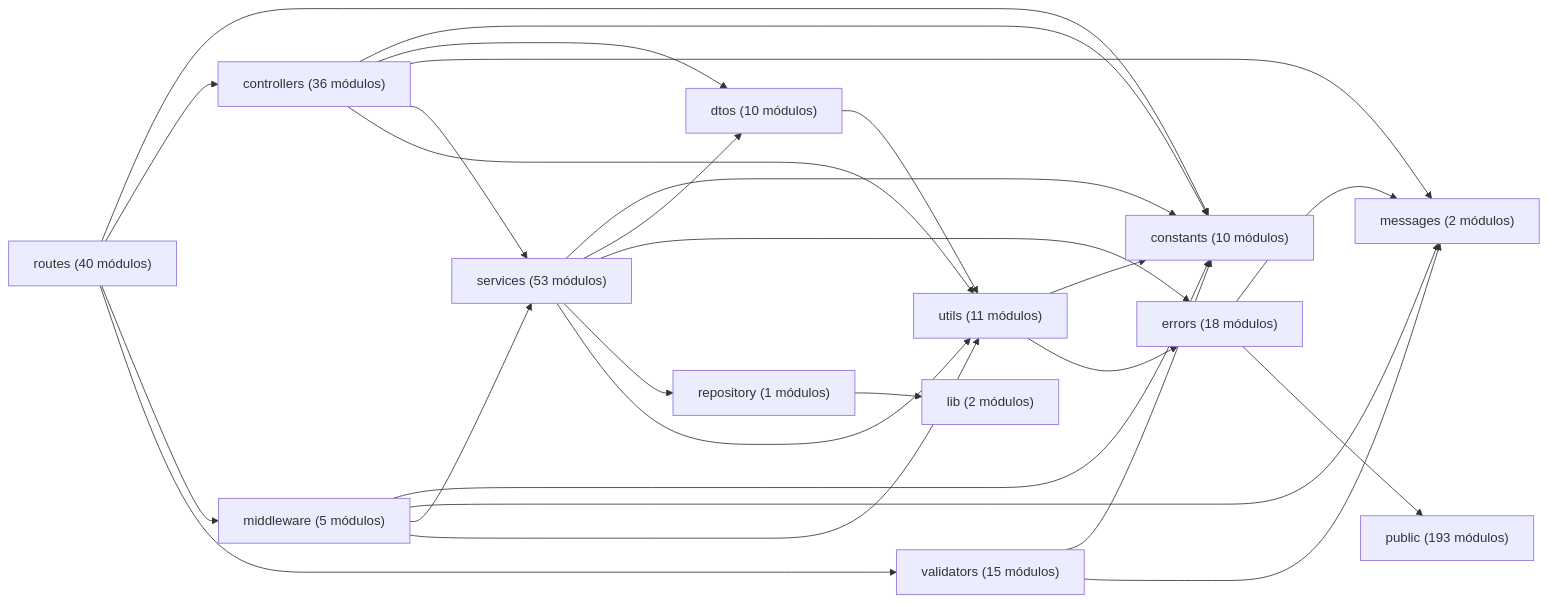
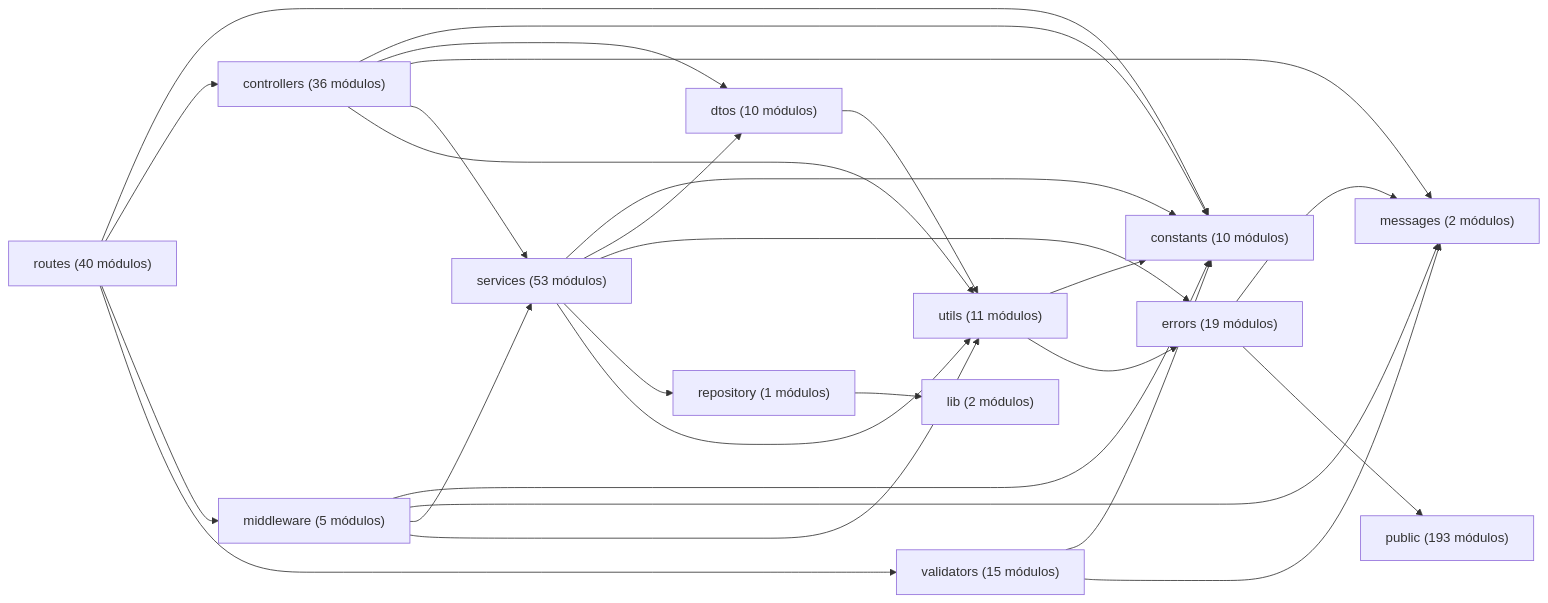
Before and after one commit to gpgsistemas01/nexus: the diagram in docs/architecture/views/development/code-map.md, drawn with Mermaid. The commit also changed 31 other files, not shown here.

````diff
--- a/docs/architecture/views/development/code-map.md
+++ b/docs/architecture/views/development/code-map.md
@@ -14,29 +14,29 @@
 ```mermaid
 flowchart LR
     controllers["controllers (36 módulos)"] --> constants["constants (10 módulos)"]
     controllers["controllers (36 módulos)"] --> dtos["dtos (10 módulos)"]
     controllers["controllers (36 módulos)"] --> messages["messages (2 módulos)"]
     controllers["controllers (36 módulos)"] --> services["services (53 módulos)"]
     controllers["controllers (36 módulos)"] --> utils["utils (11 módulos)"]
     dtos["dtos (10 módulos)"] --> utils["utils (11 módulos)"]
-    errors["errors (18 módulos)"] --> messages["messages (2 módulos)"]
-    errors["errors (18 módulos)"] --> public["public (193 módulos)"]
+    errors["errors (19 módulos)"] --> messages["messages (2 módulos)"]
+    errors["errors (19 módulos)"] --> public["public (193 módulos)"]
     middleware["middleware (5 módulos)"] --> constants["constants (10 módulos)"]
     middleware["middleware (5 módulos)"] --> messages["messages (2 módulos)"]
     middleware["middleware (5 módulos)"] --> services["services (53 módulos)"]
     middleware["middleware (5 módulos)"] --> utils["utils (11 módulos)"]
     repository["repository (1 módulos)"] --> lib["lib (2 módulos)"]
     routes["routes (40 módulos)"] --> constants["constants (10 módulos)"]
     routes["routes (40 módulos)"] --> controllers["controllers (36 módulos)"]
     routes["routes (40 módulos)"] --> middleware["middleware (5 módulos)"]
     routes["routes (40 módulos)"] --> validators["validators (15 módulos)"]
     services["services (53 módulos)"] --> constants["constants (10 módulos)"]
     services["services (53 módulos)"] --> dtos["dtos (10 módulos)"]
-    services["services (53 módulos)"] --> errors["errors (18 módulos)"]
+    services["services (53 módulos)"] --> errors["errors (19 módulos)"]
     services["services (53 módulos)"] --> repository["repository (1 módulos)"]
     services["services (53 módulos)"] --> utils["utils (11 módulos)"]
     utils["utils (11 módulos)"] --> constants["constants (10 módulos)"]
-    utils["utils (11 módulos)"] --> errors["errors (18 módulos)"]
+    utils["utils (11 módulos)"] --> errors["errors (19 módulos)"]
     validators["validators (15 módulos)"] --> constants["constants (10 módulos)"]
     validators["validators (15 módulos)"] --> messages["messages (2 módulos)"]
 ```
````
